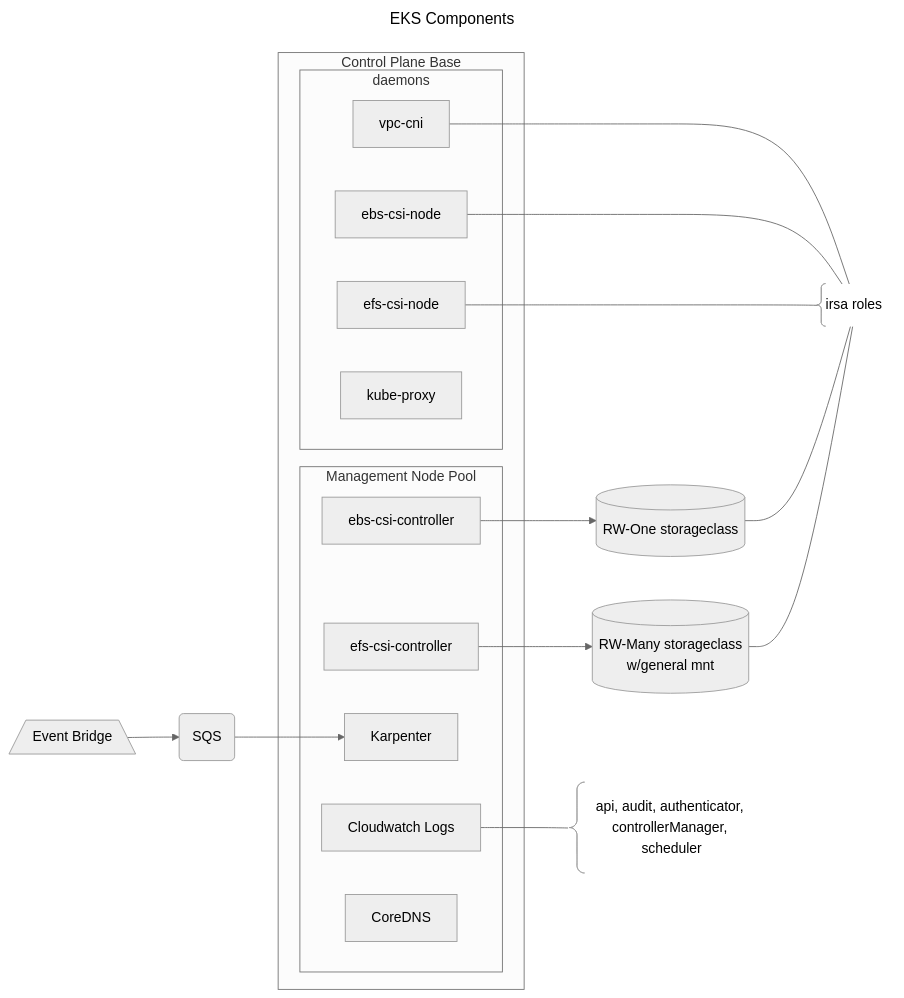
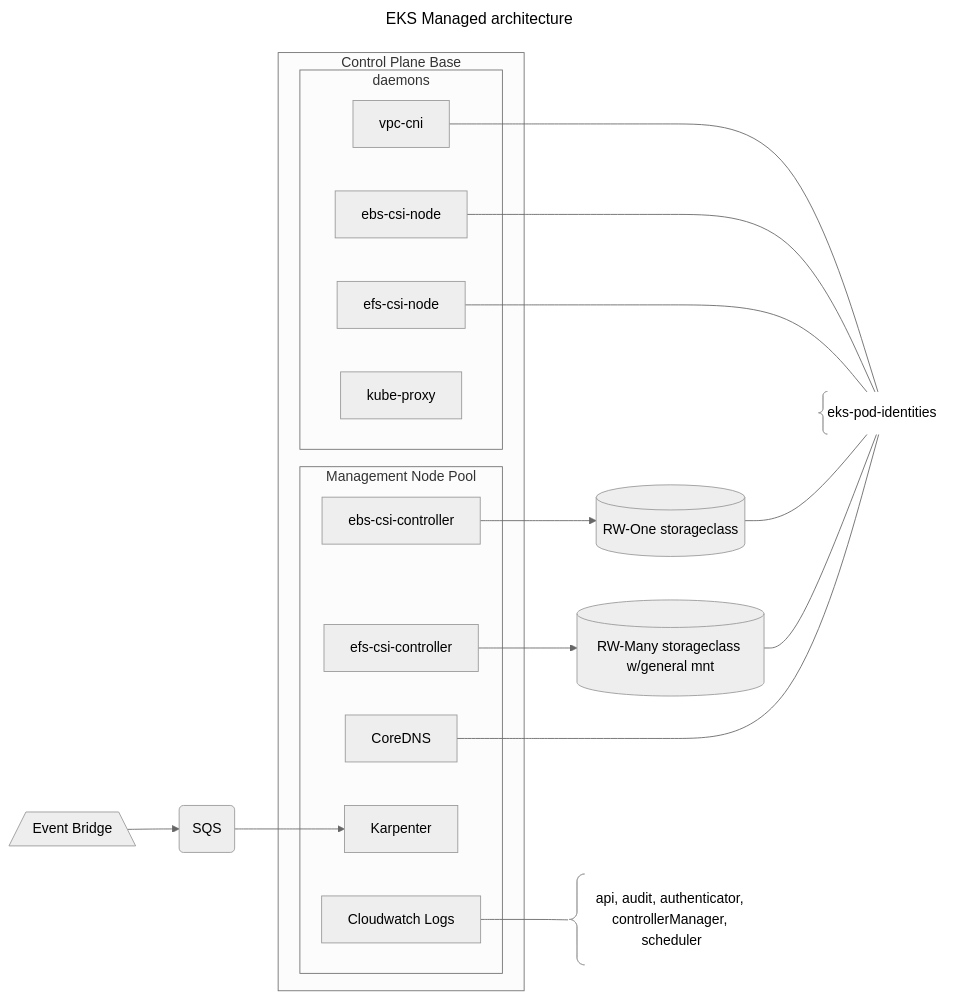
The first of 6 diagrams in README.md (twplatformlabs/psk-aws-control-plane-base), drawn with Mermaid (neutral theme) before and after one commit. The commit also changed other lines of this file and 1 other file, not shown here.

````diff
--- a/README.md
+++ b/README.md
@@ -44,41 +13,39 @@
 ```mermaid
 ---
-title: EKS Components
+title: EKS Managed architecture
 ---
 flowchart LR
 
-    VPC --- IRSA
-    EBSCSI --> RWO --- IRSA
-    EFSCSI --> RWM --- IRSA
-		EBSNODE --- IRSA
-		EFSNODE --- IRSA
+    VPC --- PODID
+    EBSCSI --> RWO --- PODID
+    EFSCSI --> RWM --- PODID
+    EBSNODE --- PODID
+    EFSNODE --- PODID
+    DNS --- PODID
     EVNT --> SQS --> KRPT
     LOGS --- LOGS1
 
     subgraph Control Plane Base
         subgraph Management Node Pool
-            
             DNS[CoreDNS]
             EBSCSI[ebs-csi-controller]
             EFSCSI[efs-csi-controller]
             LOGS[Cloudwatch Logs]
             KRPT[Karpenter]
         end
         subgraph daemons
             KP[kube-proxy]
             VPC[vpc-cni]
-						EBSNODE[ebs-csi-node]
-						EFSNODE[efs-csi-node]
+			EBSNODE[ebs-csi-node]
+			EFSNODE[efs-csi-node]
         end
     end
 
-    IRSA@{ shape: brace-l, label: "irsa roles" }
+    PODID@{ shape: brace-l, label: "eks-pod-identities" }
     RWO[(RW-One storageclass)]
-    RWM[(RW-Many storageclass
-         w/general mnt)]
-    
+    RWM[(RW-Many storageclass w/general mnt)]
     LOGS1@{ shape: brace-l, label: "api, audit, authenticator, controllerManager, scheduler" }
     SQS@{ shape: rounded, label: "SQS"}
     EVNT@{ shape: trap-b, label: "Event Bridge"}
 
 ```
````
